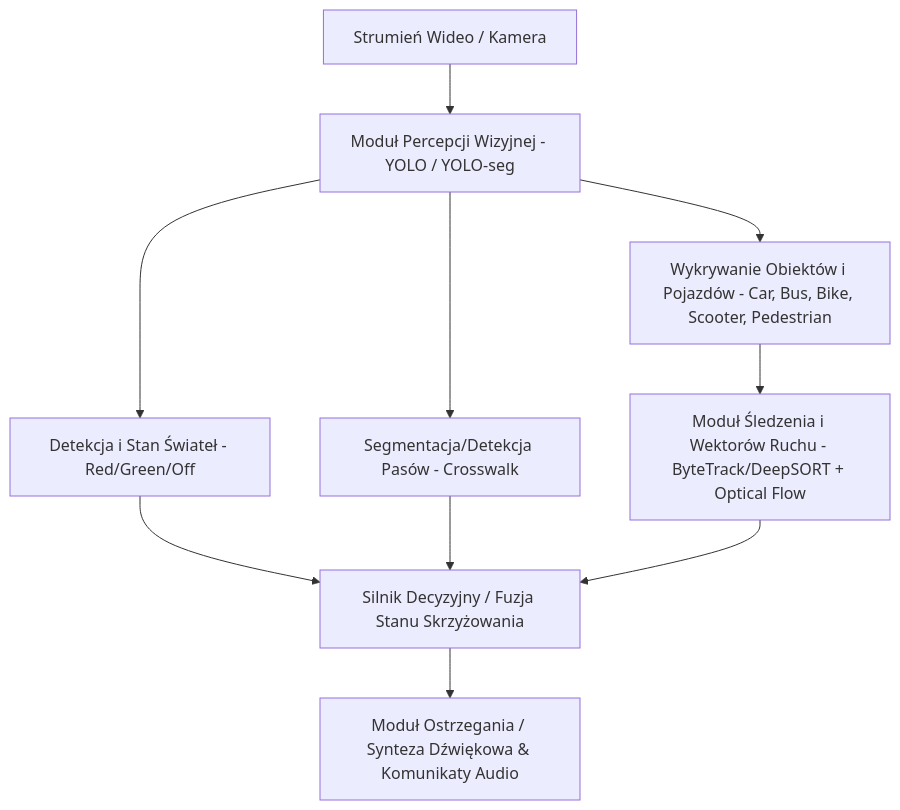
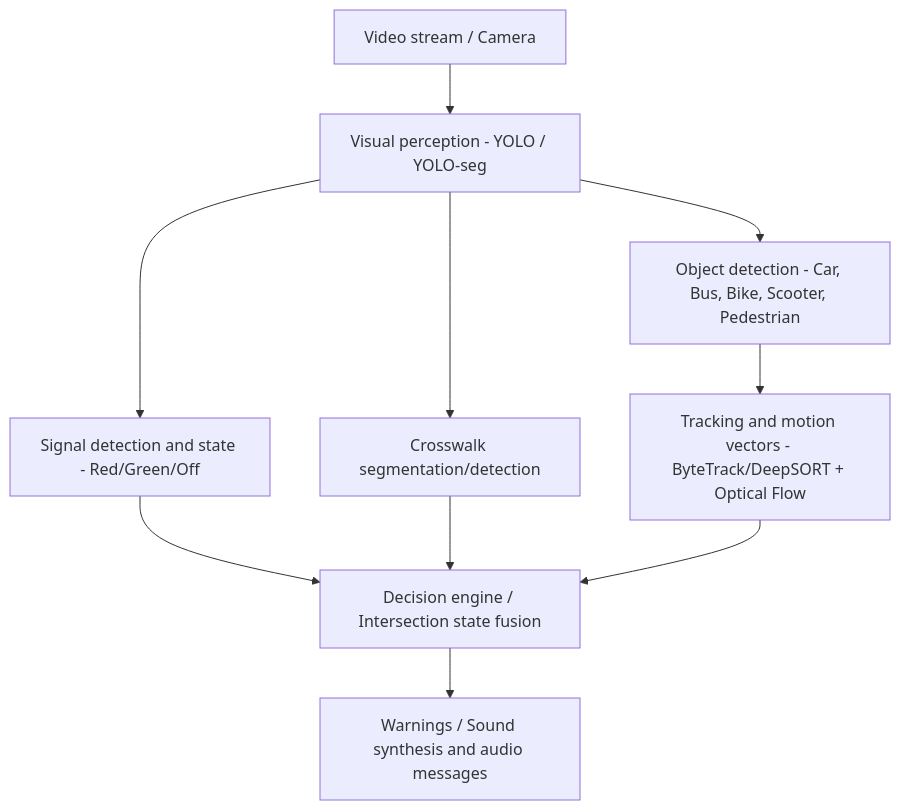
The first of 2 diagrams in docs/SPECIFICATION.md (czarniecka/pedestrian-signals), drawn with Mermaid before and after one commit. The commit also changed other lines of this file and 48 other files, not shown here.

````diff
--- a/docs/SPECIFICATION.md
+++ b/docs/SPECIFICATION.md
@@ -20,12 +24,12 @@
 ```mermaid
 graph TD
-    A[Strumień Wideo / Kamera] --> B[Moduł Percepcji Wizyjnej - YOLO / YOLO-seg]
-    B --> C[Detekcja i Stan Świateł - Red/Green/Off]
-    B --> D[Segmentacja/Detekcja Pasów - Crosswalk]
-    B --> E[Wykrywanie Obiektów i Pojazdów - Car, Bus, Bike, Scooter, Pedestrian]
-    E --> F[Moduł Śledzenia i Wektorów Ruchu - ByteTrack/DeepSORT + Optical Flow]
-    C --> G[Silnik Decyzyjny / Fuzja Stanu Skrzyżowania]
+    A[Video stream / Camera] --> B[Visual perception - YOLO / YOLO-seg]
+    B --> C[Signal detection and state - Red/Green/Off]
+    B --> D[Crosswalk segmentation/detection]
+    B --> E[Object detection - Car, Bus, Bike, Scooter, Pedestrian]
+    E --> F[Tracking and motion vectors - ByteTrack/DeepSORT + Optical Flow]
+    C --> G[Decision engine / Intersection state fusion]
     D --> G
     F --> G
-    G --> H[Moduł Ostrzegania / Synteza Dźwiękowa & Komunikaty Audio]
+    G --> H[Warnings / Sound synthesis and audio messages]
 ```
````
